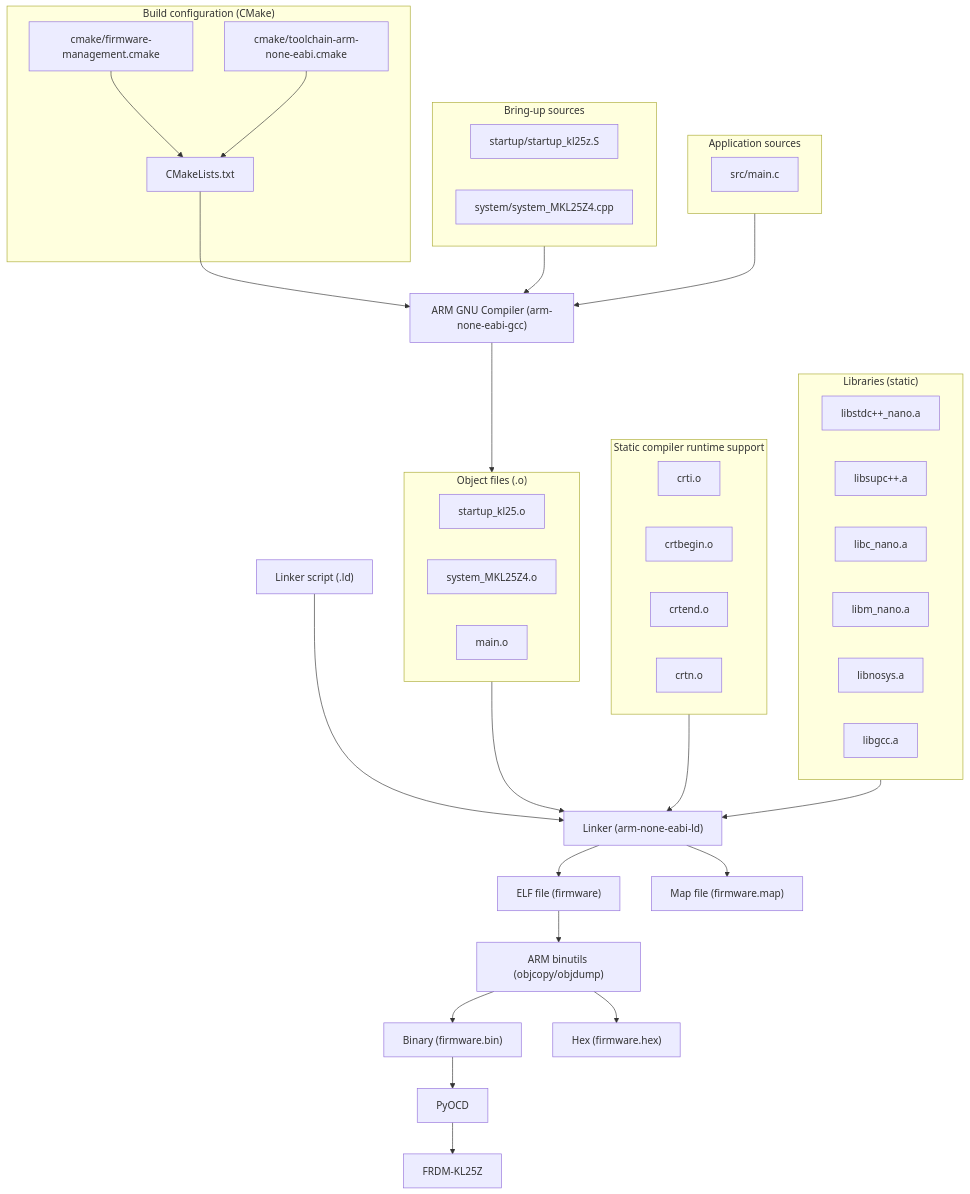
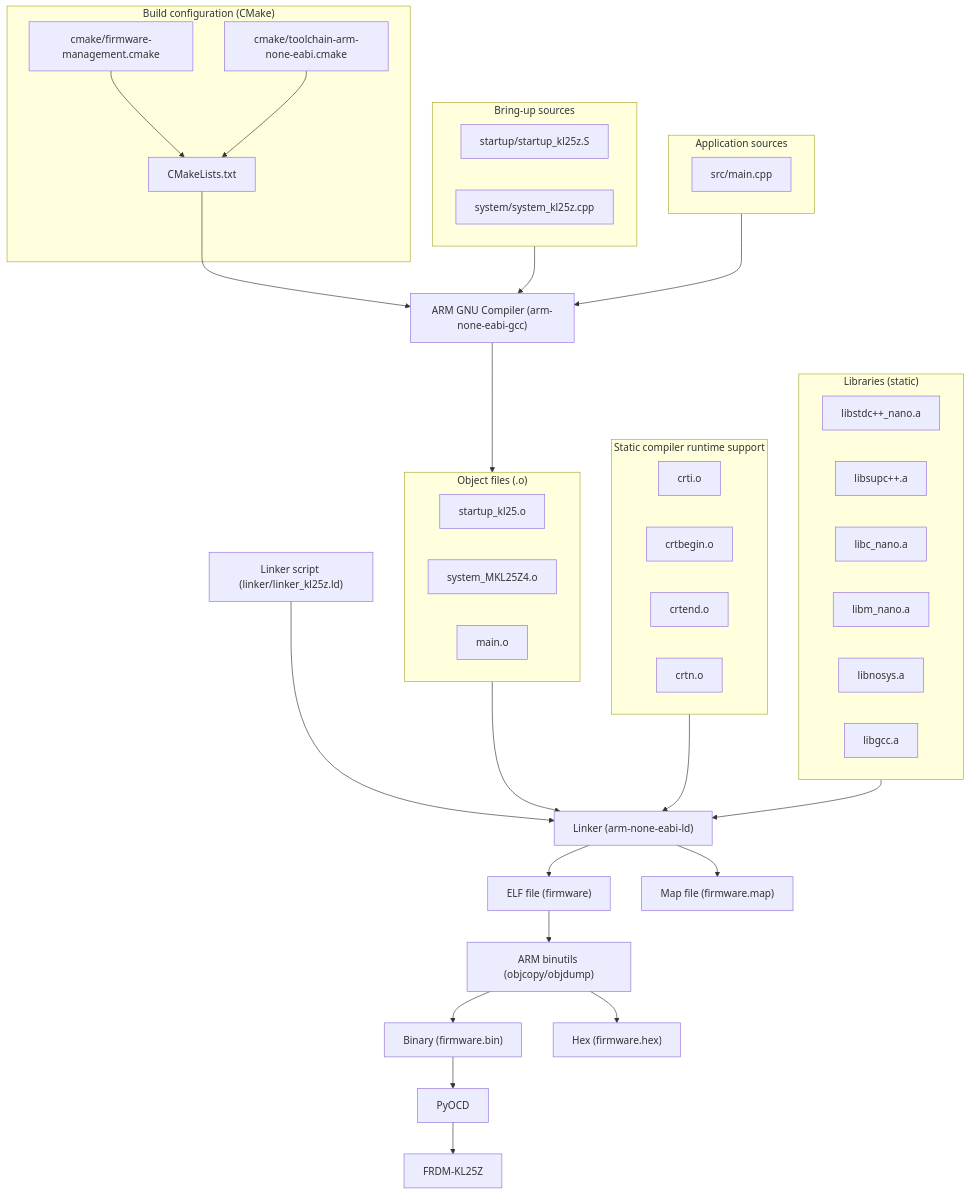
The diagram in docs/diagrams/build_pipeline.mmd (janusboandersen/frdm_kl25z_minimal_build), drawn with Mermaid before and after one commit. The commit also changed 5 other files, not shown here.

```diff
--- a/docs/diagrams/build_pipeline.mmd
+++ b/docs/diagrams/build_pipeline.mmd
@@ -1,79 +1,79 @@
 flowchart TD
   %% ---- Build setup ----
   subgraph build_setup["Build configuration (CMake)"]
     fm["cmake/firmware-management.cmake"]
     tc["cmake/toolchain-arm-none-eabi.cmake"]
     cl["CMakeLists.txt"]
     fm --> cl
     tc --> cl
   end
 
   %% ---- Bring-up sources ----
   subgraph sources["Bring-up sources"]
     startup_s["startup/startup_kl25z.S"]
-    sysinit_cpp["system/system_MKL25Z4.cpp"]
+    sysinit_cpp["system/system_kl25z.cpp"]
   end
   
   %% ---- User application ----
   subgraph app["Application sources"]
-    main_c["src/main.c"]
+    main_c["src/main.cpp"]
   end
 
   %% ---- Compiler ----
   compiler["ARM GNU Compiler (arm-none-eabi-gcc)"]
 
   subgraph objects["Object files (.o)"]
     startup_o["startup_kl25.o"]
     sysinit_o[system_MKL25Z4.o]
     main_o["main.o"]
   end
 
   %% ---- Compiler runtime support objects ----
   subgraph crt_objs["Static compiler runtime support"]
     crti["crti.o"]
     crtbegin["crtbegin.o"]
     crtend["crtend.o"]
     crtn["crtn.o"]
   end
 
   %% ---- Libraries ----
   subgraph libs["Libraries (static)"]
     libstdcpp["libstdc++_nano.a"]
     libsupc["libsupc++.a"]
     libc_nano["libc_nano.a"]
     libm_nano["libm_nano.a"]
     libnosys["libnosys.a"]
     libgcc["libgcc.a"]
   end
 
   %% ---- Link stage ----
   linker["Linker (arm-none-eabi-ld)"]
-  lds["Linker script (.ld)"]
+  lds["Linker script (linker/linker_kl25z.ld)"]
 
   %% ---- Outputs ----
   elf["ELF file (firmware)"]
   mapfile["Map file (firmware.map)"]
   tools["ARM binutils (objcopy/objdump)"]
   bin["Binary (firmware.bin)"]
   hex["Hex (firmware.hex)"]
 
   %% -- Target
   pyocd["PyOCD"]
   kl25z["FRDM-KL25Z"]
 
   %% ---- Flow ----
   cl --> compiler
   sources --> compiler
   app --> compiler
   compiler --> objects
   objects --> linker
   lds --> linker
   crt_objs --> linker
   libs --> linker
   linker --> elf
   linker --> mapfile
   elf --> tools
   tools --> bin
   tools --> hex
   bin --> pyocd
   pyocd --> kl25z
```
